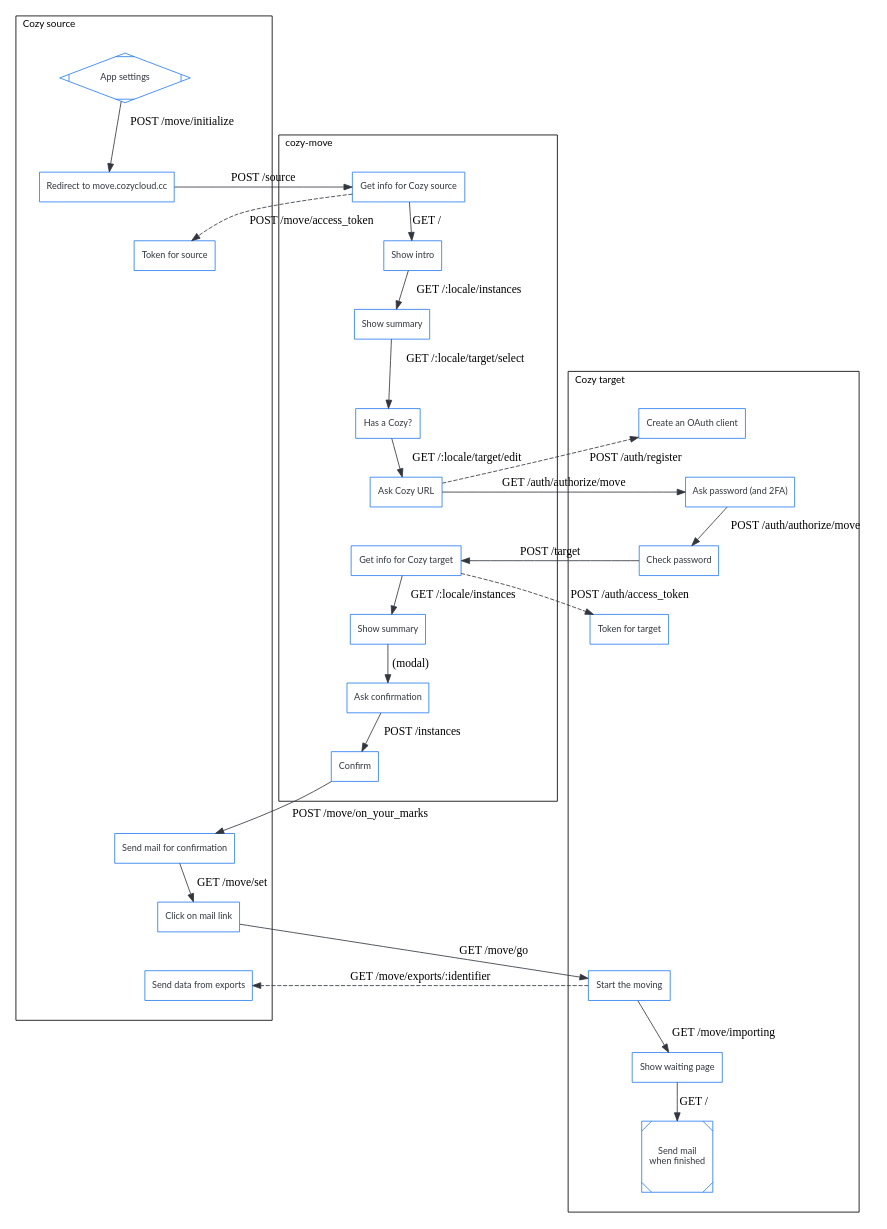
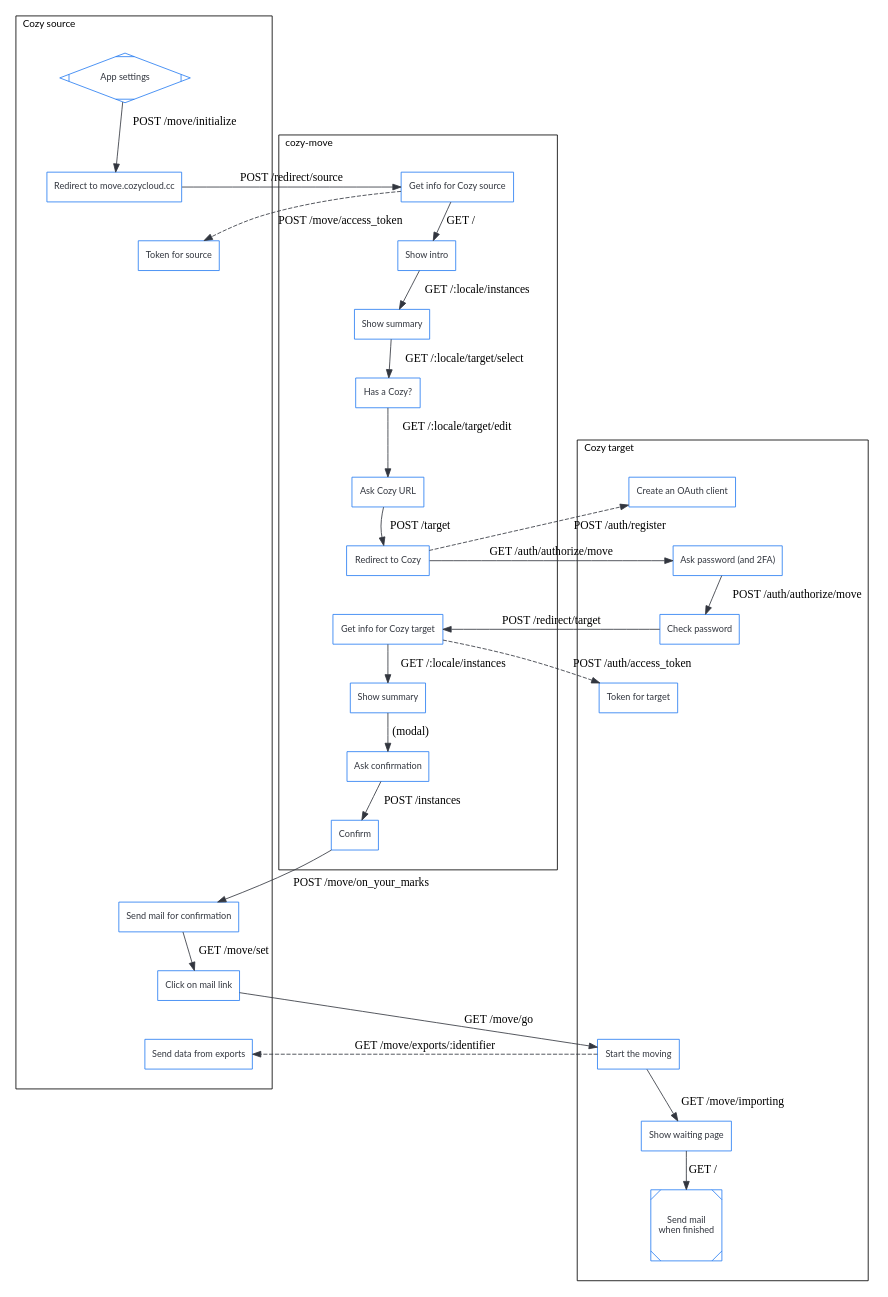
The diagram in docs/from-settings.gv (cozy/cozy-move), drawn with Graphviz before and after one commit. The commit also changed 3 other files, not shown here.

Commit message:
Add a missing step on the diagrams

```diff
--- a/docs/from-settings.gv
+++ b/docs/from-settings.gv
@@ -1,76 +1,78 @@
 digraph bitwarden {
 	graph [splines=true];
 	node [shape="box", fontname="lato", fontsize=11, margin=0.12, color="#297EF2", fontcolor="#32363F"];
 	edge [color="#32363F"];
 	ranksep=0.45; nodesep=1.5;
 
 	subgraph cluster_source {
 		label="Cozy source"; labeljust="l"; fontname="lato"; fontsize=12; margin=24; rankdir=TB;
 		s_settings [label="App settings"; shape="Mdiamond"]
 		s_start [label="Redirect to move.cozycloud.cc"]
 		s_token [label="Token for source"]
 		s_confirm [label="Send mail for confirmation"]
 		s_mail [label="Click on mail link"]
 		s_data [label="Send data from exports"]
-		s_fake_1, s_fake_2, s_fake_3, s_fake_4, s_fake_5, s_fake_6, s_fake_7 [style="invis"]
+		s_fake_1, s_fake_2, s_fake_3, s_fake_4, s_fake_5, s_fake_6, s_fake_7, s_fake_8 [style="invis"]
 	}
 
 	subgraph cluster_move {
 		label="cozy-move"; labeljust="l"; fontname="lato"; fontsize=12; margin=24;
 		m_source [label="Get info for Cozy source"]
 		m_intro [label="Show intro"]
 		m_index_1 [label="Show summary"]
 		m_select [label="Has a Cozy?"]
 		m_edit [label="Ask Cozy URL"]
+		m_post [label="Redirect to Cozy"]
 		m_target [label="Get info for Cozy target"]
 		m_index_2 [label="Show summary"]
 		m_warning [label="Ask confirmation"]
 		m_confirm [label="Confirm"]
 	}
 
 	subgraph cluster_target {
 		label="Cozy target"; labeljust="l"; fontname="lato"; fontsize=12; margin=24;
 		t_register [label="Create an OAuth client"]
 		t_export [label="Ask password (and 2FA)"]
 		t_export_2 [label="Check password"]
 		t_token [label="Token for target"]
 		t_run [label="Start the moving"]
 		t_wait [label="Show waiting page"]
 		t_done [label="Send mail\nwhen finished"; shape="Msquare"]
 		t_fake_1, t_fake_2, t_fake_3, t_fake_4 [style="invis"]
 	}
 
 	// User
 	s_settings -> s_start [label="POST /move/initialize"]
-	s_start -> m_source [label="POST /source"]
+	s_start -> m_source [label="POST /redirect/source"]
 	m_source -> m_intro [label="GET /"]
 	m_intro -> m_index_1 [label="GET /:locale/instances"]
 	m_index_1 -> m_select [label="GET /:locale/target/select"]
 	m_select -> m_edit [label="GET /:locale/target/edit"]
-	m_edit -> t_export [label="GET /auth/authorize/move"]
+	m_edit -> m_post [label="POST /target"]
+	m_post -> t_export [label="GET /auth/authorize/move"]
 	t_export -> t_export_2 [label="POST /auth/authorize/move"]
-	t_export_2 -> m_target [label="POST /target"]
+	t_export_2 -> m_target [label="POST /redirect/target"]
 	m_target -> m_index_2 [label="GET /:locale/instances"]
 	m_index_2 -> m_warning [label="(modal)"]
 	m_warning -> m_confirm [label="POST /instances"]
 	m_confirm -> s_confirm [label="POST /move/on_your_marks"]
 	s_confirm -> s_mail [label="GET /move/set"]
 	s_mail -> t_run [label="GET /move/go"]
 	t_run -> t_wait [label="GET /move/importing"]
 	t_wait -> t_done [label="GET /"]
 
 	// Server to server
 	m_source -> s_token [label="POST /move/access_token"; style="dashed"]
-	m_edit -> t_register [label="POST /auth/register"; style="dashed"]
+	m_post -> t_register [label="POST /auth/register"; style="dashed"]
 	m_target -> t_token [label="POST /auth/access_token"; style="dashed"]
 	t_run -> s_data [label="GET /move/exports/:identifier"; style="dashed"]
 
 	// Hidden, just to preserve order between nodes inside clusters
 	s_start -> s_token [style="invis"]
-	s_token -> s_fake_1 -> s_fake_2 -> s_fake_3 -> s_fake_4 -> s_fake_5 -> s_fake_6 -> s_fake_7 -> s_confirm [style="invis"]
+	s_token -> s_fake_1 -> s_fake_2 -> s_fake_3 -> s_fake_4 -> s_fake_5 -> s_fake_6 -> s_fake_7 -> s_fake_8 -> s_confirm [style="invis"]
 	s_mail -> s_data [style="invis"]
-	m_edit -> m_target [style="invis"]
+	m_post -> m_target [style="invis"]
 	t_register -> t_export [style="invis"]
 	t_export_2 -> t_token [style="invis"]
 	t_token -> t_fake_1 -> t_fake_2 -> t_fake_3 -> t_fake_4 -> t_run [style="invis"]
 }
```
